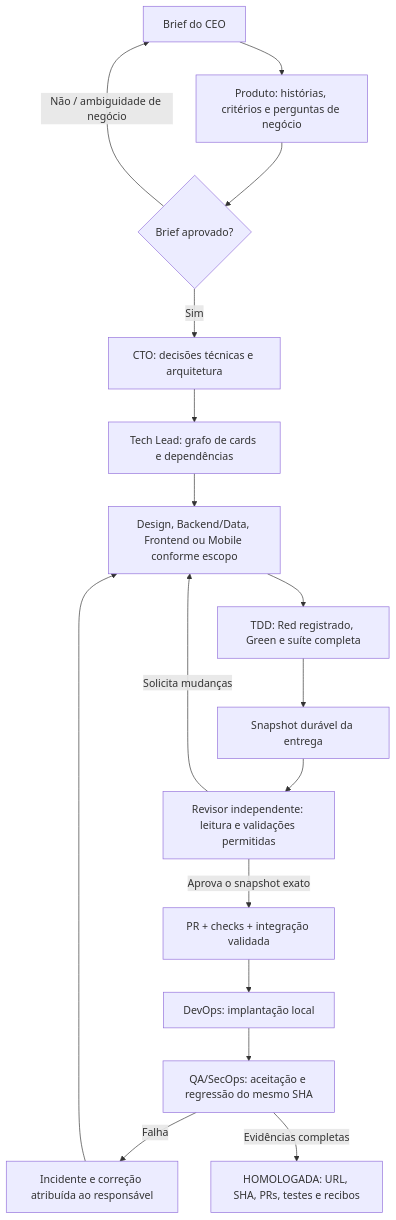
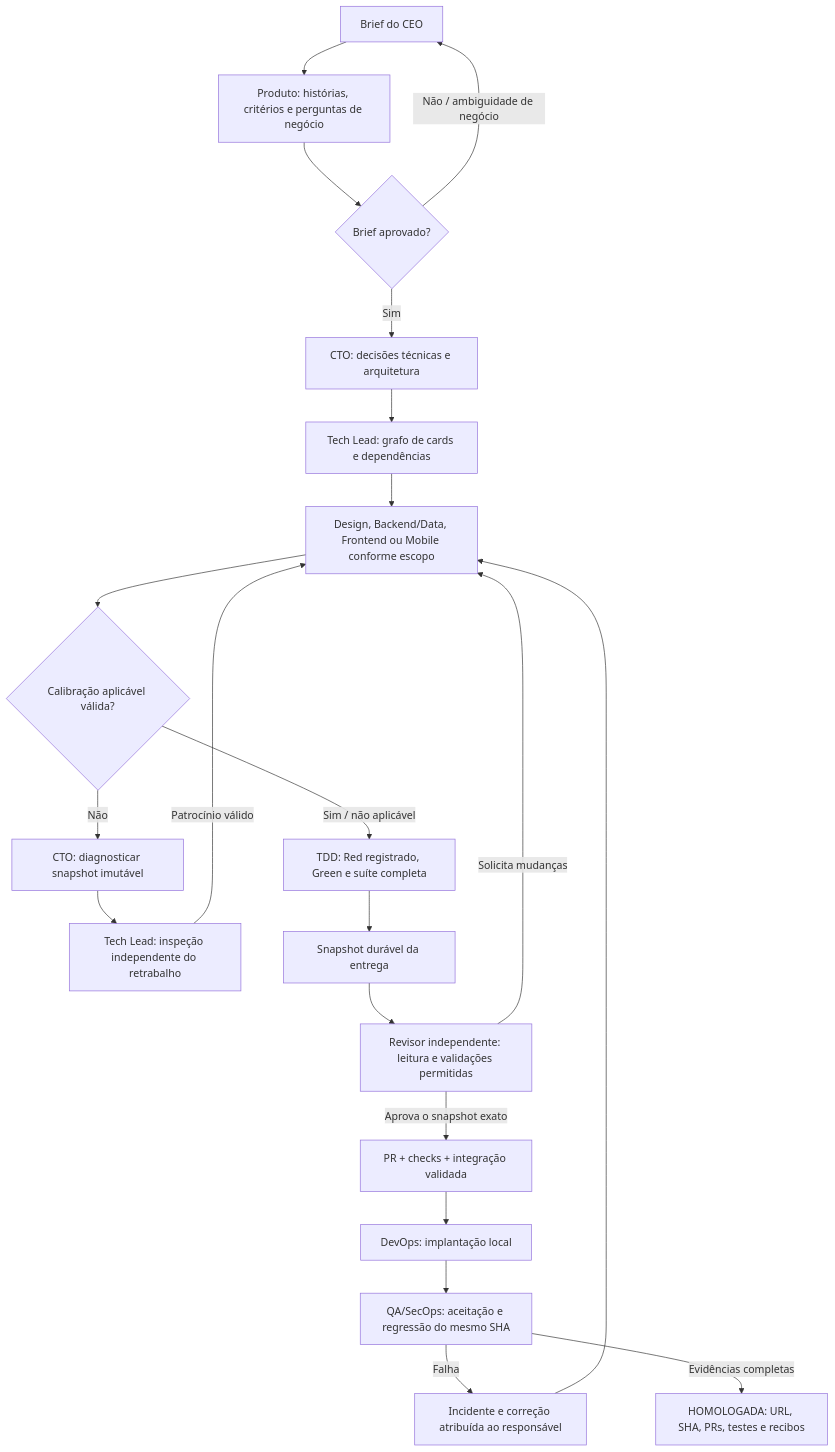
The second of 3 diagrams in README.md (codifydeep/fabriquinha), drawn with Mermaid before and after one commit. The commit also changed other lines of this file and 6 other files, not shown here.

````diff
--- a/README.md
+++ b/README.md
@@ -88,19 +94,23 @@
 ```mermaid
 flowchart TD
     A[Brief do CEO] --> B[Produto: histórias, critérios e perguntas de negócio]
     B --> C{Brief aprovado?}
     C -->|Não / ambiguidade de negócio| A
     C -->|Sim| D[CTO: decisões técnicas e arquitetura]
     D --> E[Tech Lead: grafo de cards e dependências]
     E --> F[Design, Backend/Data, Frontend ou Mobile conforme escopo]
-    F --> G[TDD: Red registrado, Green e suíte completa]
+    F --> CG{Calibração aplicável válida?}
+    CG -->|Sim / não aplicável| G[TDD: Red registrado, Green e suíte completa]
+    CG -->|Não| CD[CTO: diagnosticar snapshot imutável]
+    CD --> CP[Tech Lead: inspeção independente do retrabalho]
+    CP -->|Patrocínio válido| F
     G --> H[Snapshot durável da entrega]
     H --> I[Revisor independente: leitura e validações permitidas]
     I -->|Solicita mudanças| F
     I -->|Aprova o snapshot exato| J[PR + checks + integração validada]
     J --> K[DevOps: implantação local]
     K --> L[QA/SecOps: aceitação e regressão do mesmo SHA]
     L -->|Falha| X[Incidente e correção atribuída ao responsável]
     X --> F
     L -->|Evidências completas| Z[HOMOLOGADA: URL, SHA, PRs, testes e recibos]
 ```
````
